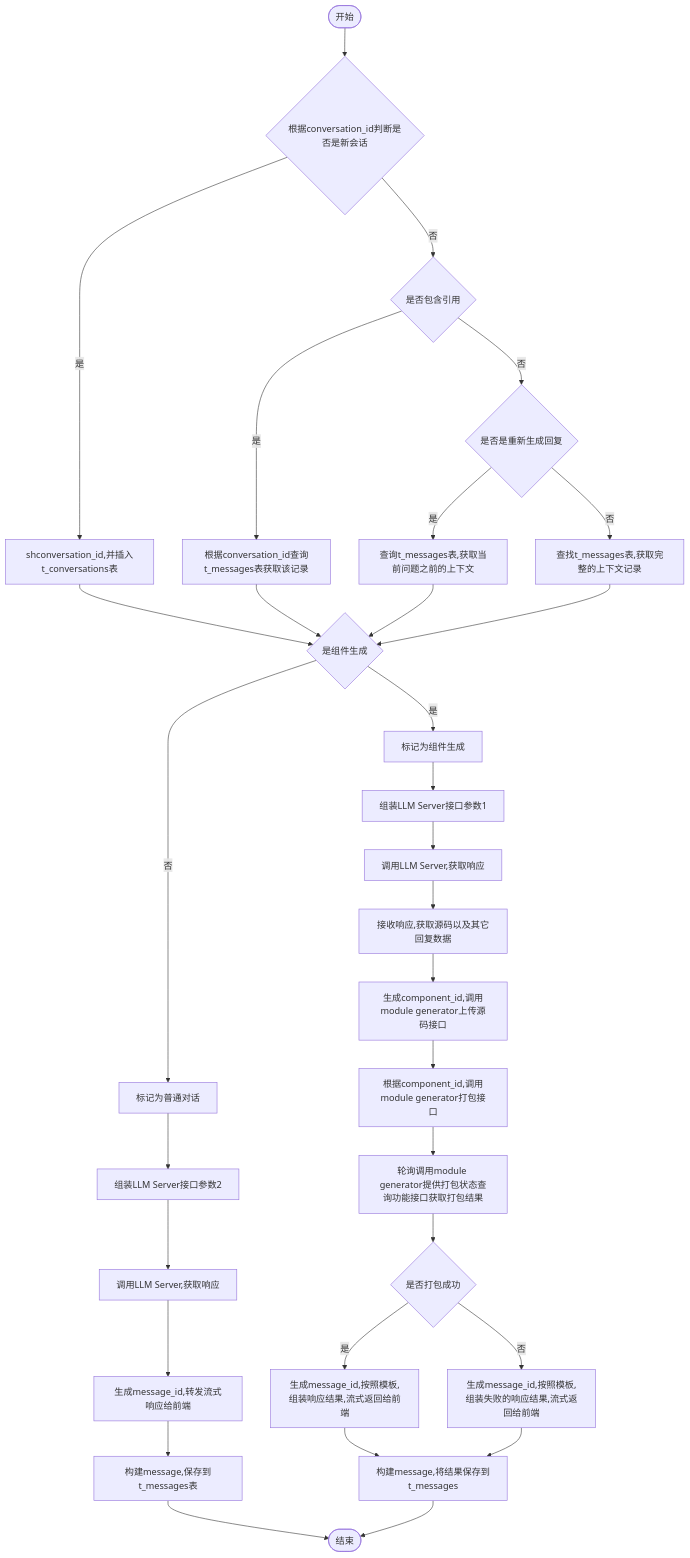
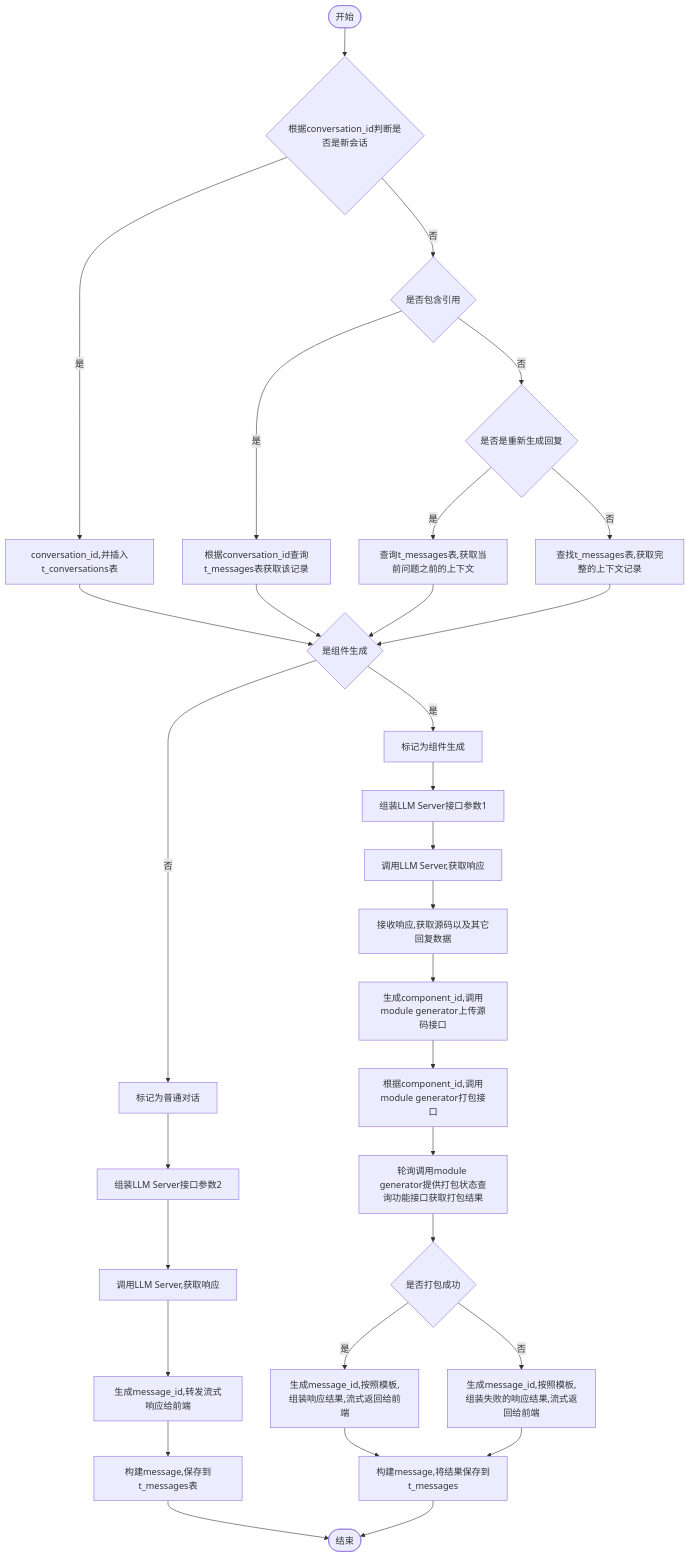
One commit to yingjianzh/iodraw-files changed the diagram in all/v0.1.0会话.md. Above: the diagram before and after it, drawn with Mermaid.

Commit message:
2024-10-12 17:12:31 update

````diff
--- a/all/v0.1.0会话.md
+++ b/all/v0.1.0会话.md
@@ -1,34 +1,34 @@
 ```mermaid
 flowchart TD
     A([开始]) --> B{根据conversation_id判断是否是新会话}
-    B -- 是 --> C[shconversation_id,并插入t_conversations表]
+    B -- 是 --> C[conversation_id,并插入t_conversations表]
     B -- 否 --> D{是否包含引用}
     D -- 是 --> E[根据conversation_id查询t_messages表获取该记录]
     D -- 否 --> F{是否是重新生成回复}
     F -- 是 --> G[查询t_messages表,获取当前问题之前的上下文]
     F -- 否 --> H[查找t_messages表,获取完整的上下文记录]
      
     C & E & G & H --> I{是组件生成}
     I -- 是 --> J[标记为组件生成]
     I -- 否 --> K[标记为普通对话]
 
     J --> L[组装LLM Server接口参数1]    
     K --> M[组装LLM Server接口参数2]    
     M --> N[调用LLM Server,获取响应]    
     N --> O[生成message_id,转发流式响应给前端]
     O --> P[构建message,保存到t_messages表]
     P --> R([结束])
 
 
     L --> S[调用LLM Server,获取响应]
     S --> T[接收响应,获取源码以及其它回复数据]
     T --> U[生成component_id,调用module generator上传源码接口]
     U --> V[根据component_id,调用module generator打包接口]
     V --> W[轮询调用module generator提供打包状态查询功能接口获取打包结果]
     W --> X{是否打包成功}
     X -- 是 --> Y[生成message_id,按照模板,组装响应结果,流式返回给前端]
     X -- 否 --> Z[生成message_id,按照模板,组装失败的响应结果,流式返回给前端]
 
     Y & Z --> Result[构建message,将结果保存到t_messages]
     Result --> R
 ```
````
